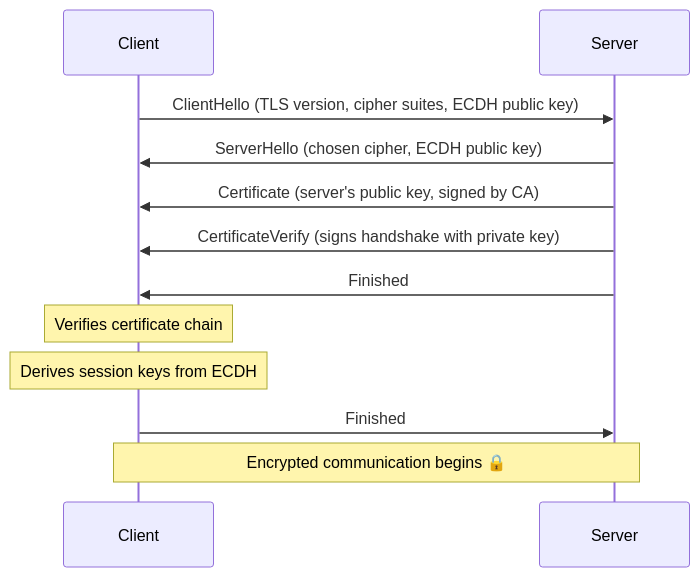
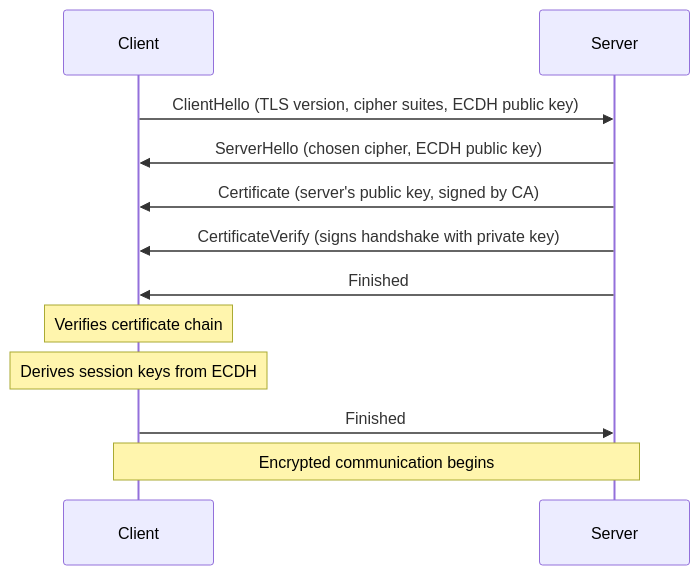
One commit to sabrinahaniff/CIS4520-Notes changed the third of 3 diagrams in docs/diffie-hellman.md. Above: the diagram before and after it, drawn with Mermaid. The commit also changed 2 other files, not shown here.

Commit message:
update matrix fiel

````diff
--- a/docs/diffie-hellman.md
+++ b/docs/diffie-hellman.md
@@ -386,17 +386,17 @@
 ```mermaid
 sequenceDiagram
     participant C as Client
     participant S as Server
 
     C->>S: ClientHello (TLS version, cipher suites, ECDH public key)
     S->>C: ServerHello (chosen cipher, ECDH public key)
     S->>C: Certificate (server's public key, signed by CA)
     S->>C: CertificateVerify (signs handshake with private key)
     S->>C: Finished
 
     Note over C: Verifies certificate chain
     Note over C: Derives session keys from ECDH
 
     C->>S: Finished
-    Note over C,S: Encrypted communication begins 🔒
+    Note over C,S: Encrypted communication begins 
 ```
````
